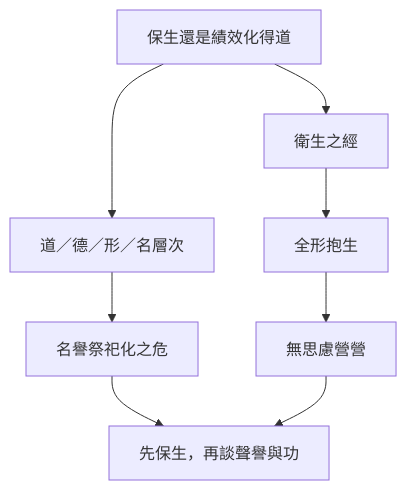
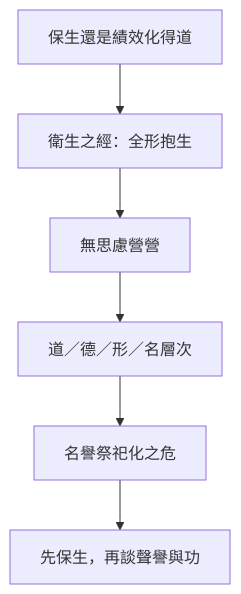
Before and after one commit to show0621/zhuangzi-atlas: the diagram in content/chapters/03-雜篇/23-庚桑楚.md, drawn with Mermaid. The commit also changed other lines of this file and 35 other files, not shown here.

First line of the commit message:
fix(print): 全書心智圖改單欄並獨頁放大

````diff
--- a/content/chapters/03-雜篇/23-庚桑楚.md
+++ b/content/chapters/03-雜篇/23-庚桑楚.md
@@ -205,10 +205,9 @@
 ```mermaid
 flowchart TB
-  Q[保生還是績效化得道] --> H[衛生之經]
-  H --> A[全形抱生]
-  A --> B[無思慮營營]
-  Q --> L[道／德／形／名層次]
-  L --> N[名譽祭祀化之危]
-  N --> R[先保生，再談聲譽與功]
-  B --> R
+  Q["保生還是績效化得道"]
+  Q --> H["衛生之經：全形抱生"]
+  H --> B["無思慮營營"]
+  B --> L["道／德／形／名層次"]
+  L --> N["名譽祭祀化之危"]
+  N --> R["先保生，再談聲譽與功"]
 ```
````
